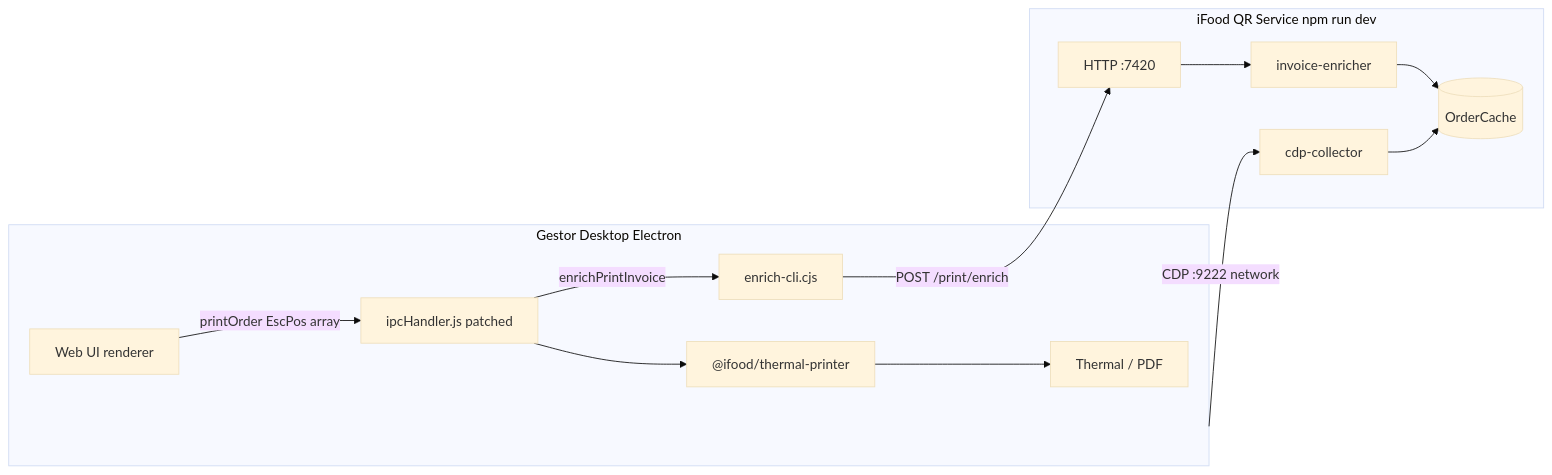
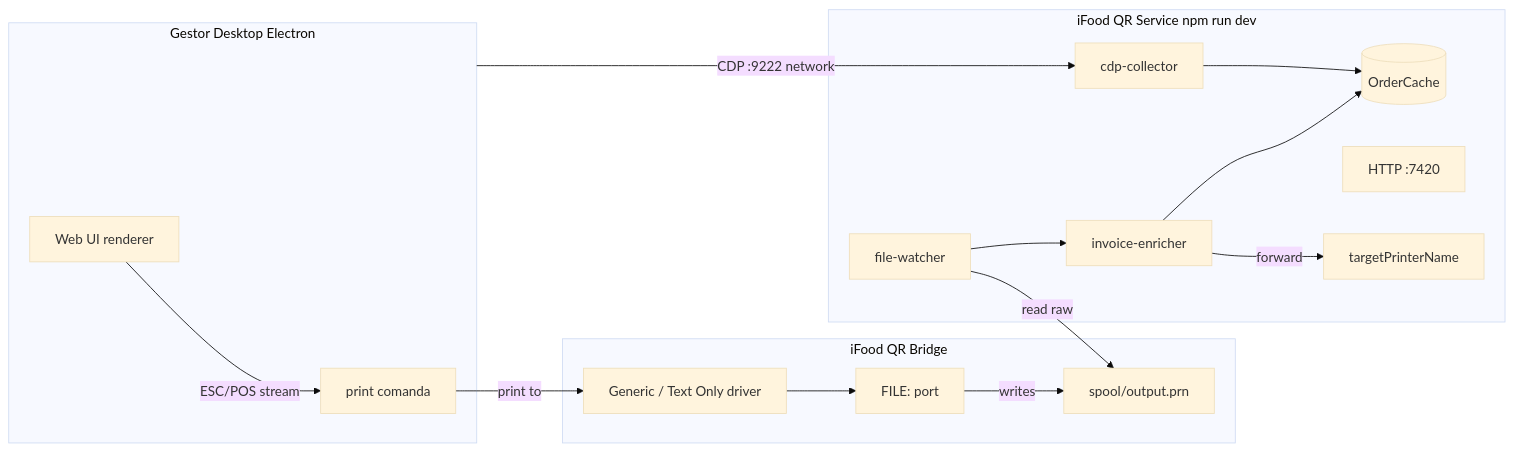
Before and after one commit to wilkerdossantos/ifood-order-manager-box-qr-code: the diagram in docs/spec/architecture.md, drawn with Mermaid (base theme). The commit also changed other lines of this file and 22 other files, not shown here.

````diff
--- a/docs/spec/architecture.md
+++ b/docs/spec/architecture.md
@@ -11,25 +11,32 @@
 ```mermaid
 flowchart LR
   subgraph GestorDesktop[Gestor Desktop Electron]
     UI[Web UI renderer]
-    IPC[ipcHandler.js patched]
-    TP["@ifood/thermal-printer"]
-    UI -->|printOrder EscPos array| IPC
-    IPC -->|enrichPrintInvoice| CLI[enrich-cli.cjs]
-    IPC --> TP
-    TP --> Printer[Thermal / PDF]
+    Print[print comanda]
+    UI -->|ESC/POS stream| Print
   end
+
+  subgraph VirtualPrinter[iFood QR Bridge]
+    VP[Generic / Text Only driver]
+    Port[FILE: port]
+    VP --> Port
+    Port -->|writes| PRN[spool/output.prn]
+  end
+
+  Print -->|print to| VP
 
   subgraph QrService[iFood QR Service npm run dev]
     CDP[cdp-collector]
     Cache[(OrderCache)]
     API[HTTP :7420]
     Enricher[invoice-enricher]
+    FW[file-watcher]
     CDP --> Cache
-    API --> Enricher
+    FW -->|read raw| PRN
+    FW --> Enricher
     Enricher --> Cache
+    Enricher -->|forward| Target[targetPrinterName]
   end
 
   GestorDesktop -->|CDP :9222 network| CDP
-  CLI -->|POST /print/enrich| API
 ```
````
